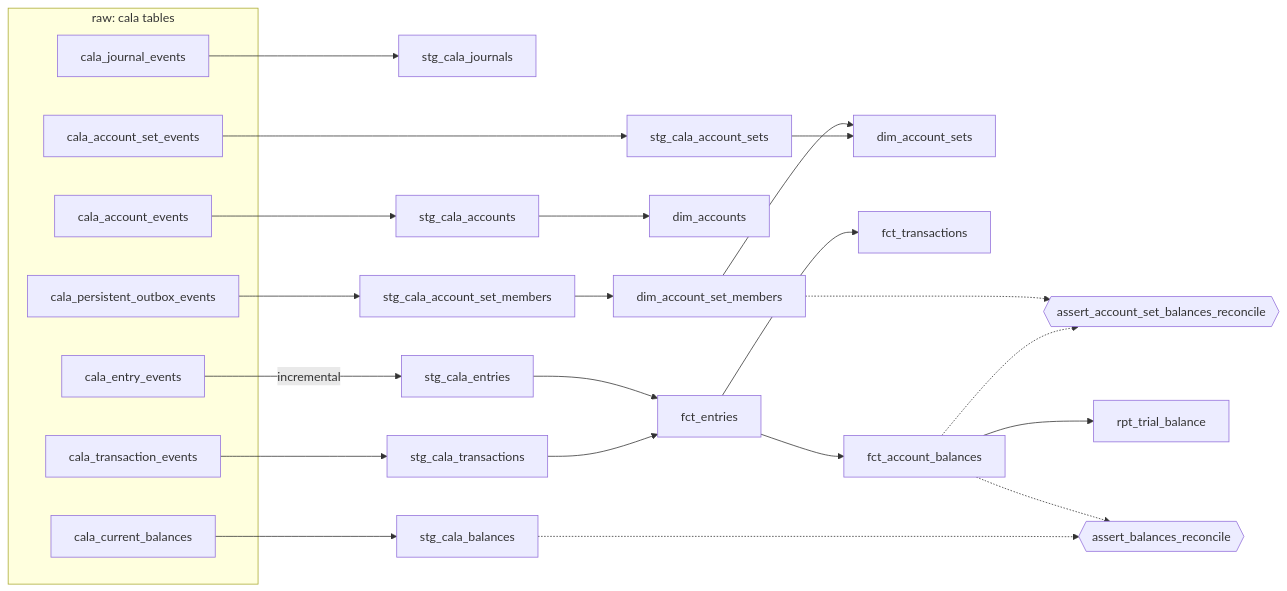
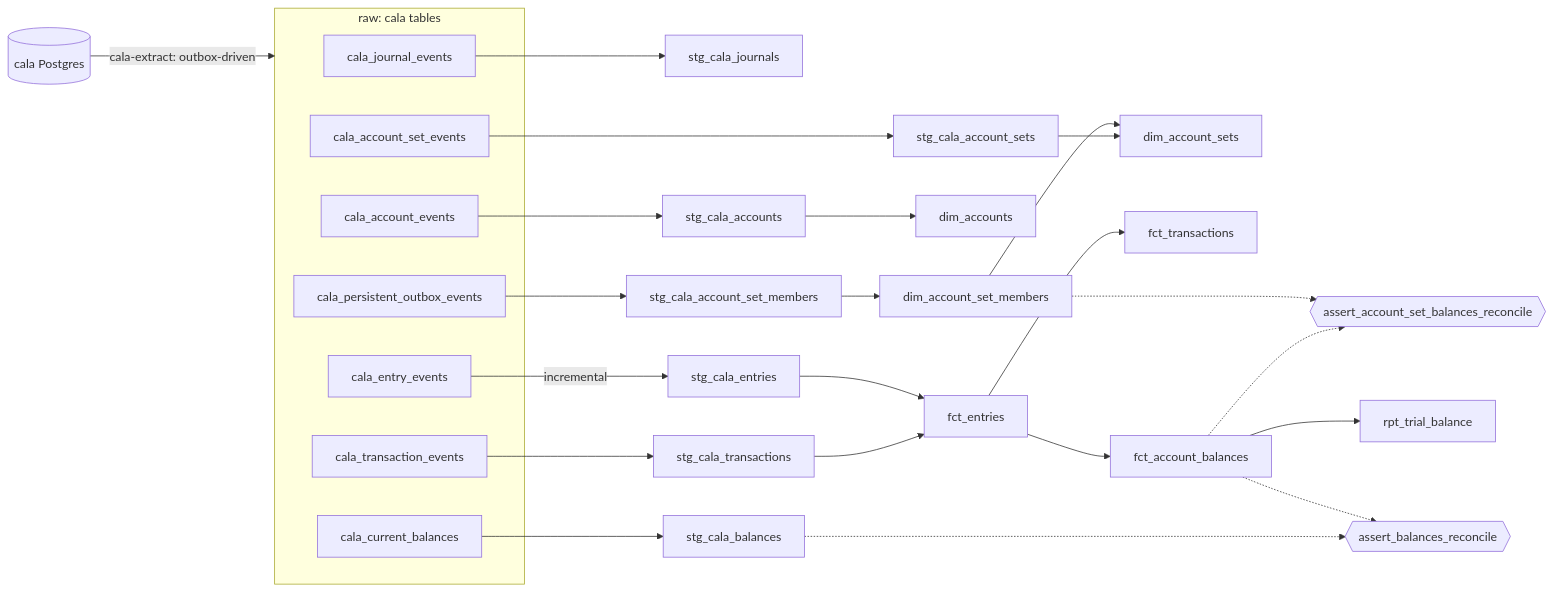
Before and after one commit to uncoated-engineering/cala-warehouse: the diagram in README.md, drawn with Mermaid. The commit also changed other lines of this file and 1 other file, not shown here.

First line of the commit message:
docs: the extraction layer, why the outbox is the cursor, new findings

````diff
--- a/README.md
+++ b/README.md
@@ -71,30 +78,31 @@
 ```mermaid
 flowchart LR
+  PG[(cala Postgres)] -->|cala-extract: outbox-driven| raw
   subgraph raw [raw: cala tables]
     JE[cala_journal_events]
     AE[cala_account_events]
     SE[cala_account_set_events]
     OB[cala_persistent_outbox_events]
     TE[cala_transaction_events]
     EE[cala_entry_events]
     CB[cala_current_balances]
   end
   JE --> stg_cala_journals
   AE --> stg_cala_accounts
   SE --> stg_cala_account_sets
   OB --> stg_cala_account_set_members
   TE --> stg_cala_transactions
   EE -->|incremental| stg_cala_entries
   CB --> stg_cala_balances
   stg_cala_accounts --> dim_accounts
   stg_cala_account_set_members --> dim_account_set_members --> dim_account_sets
   stg_cala_account_sets --> dim_account_sets
   stg_cala_entries --> fct_entries
   stg_cala_transactions --> fct_entries
   fct_entries --> fct_transactions
   fct_entries --> fct_account_balances --> rpt_trial_balance
   fct_account_balances -.-> reconcile{{assert_balances_reconcile}}
   stg_cala_balances -.-> reconcile
   dim_account_set_members -.-> reconcile_sets{{assert_account_set_balances_reconcile}}
   fct_account_balances -.-> reconcile_sets
 ```
````
